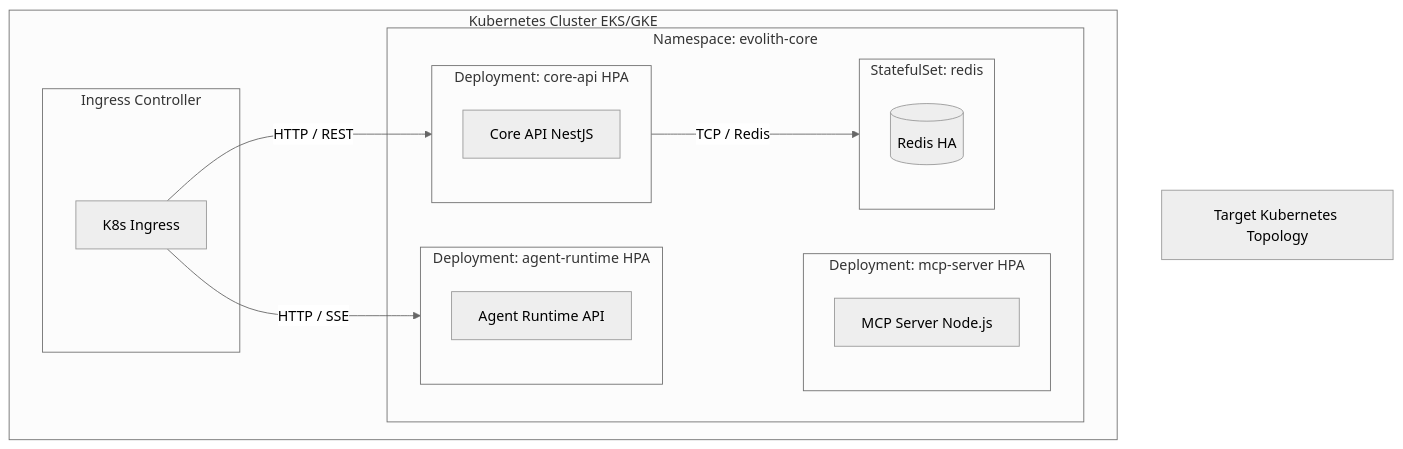
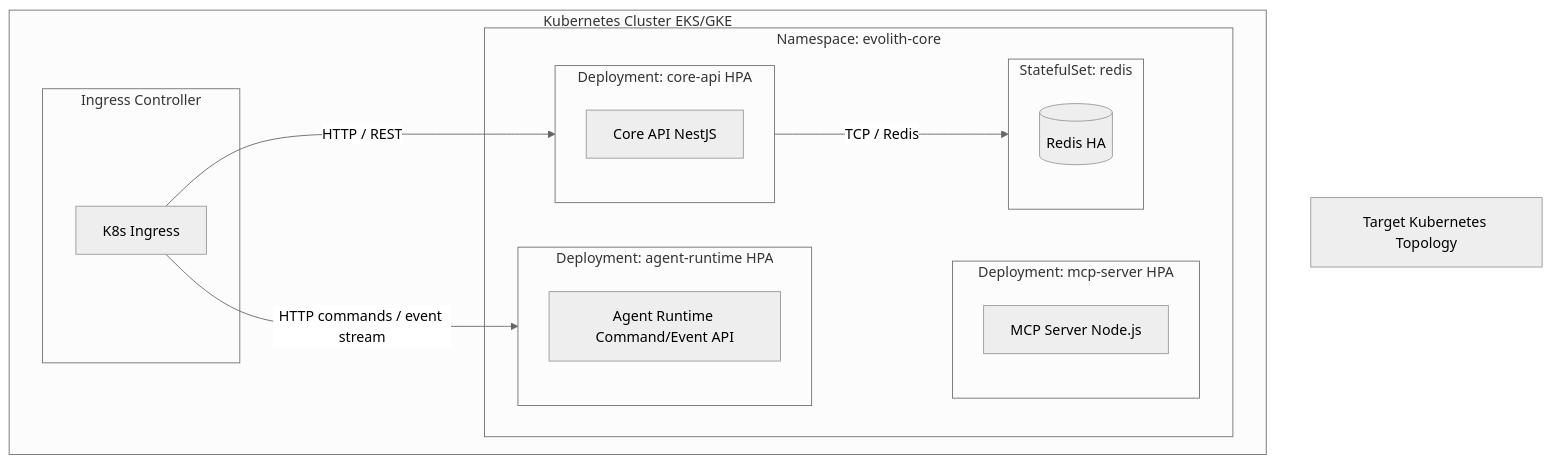
Before and after one commit to beyondnetcode/evolith_arch32: the second of 2 diagrams in reference/architecture/views/view-by-deployment.md, drawn with Mermaid (neutral theme). The commit also changed other lines of this file and 13 other files, not shown here.

Commit message:
docs: clarify agent runtime command event flow

````diff
--- a/reference/architecture/views/view-by-deployment.md
+++ b/reference/architecture/views/view-by-deployment.md
@@ -48,29 +48,29 @@
 ```mermaid
 flowchart TB
     title[Target Kubernetes Topology]
 
     subgraph k8s [Kubernetes Cluster EKS/GKE]
         subgraph ingress [Ingress Controller]
             gateway[K8s Ingress]
         end
         
         subgraph ns_core [Namespace: evolith-core]
             subgraph pod_api [Deployment: core-api HPA]
                 api[Core API NestJS]
             end
             subgraph pod_mcp [Deployment: mcp-server HPA]
                 mcp[MCP Server Node.js]
             end
-            subgraph pod_sse [Deployment: agent-runtime HPA]
-                sse[Agent Runtime API]
+            subgraph pod_agent_runtime [Deployment: agent-runtime HPA]
+                agentApi[Agent Runtime Command/Event API]
             end
             subgraph sts_redis [StatefulSet: redis]
                 redis[(Redis HA)]
             end
         end
     end
 
     gateway -->|HTTP / REST| pod_api
-    gateway -->|HTTP / SSE| pod_sse
+    gateway -->|HTTP commands / event stream| pod_agent_runtime
     pod_api -->|TCP / Redis| sts_redis
 ```
````
